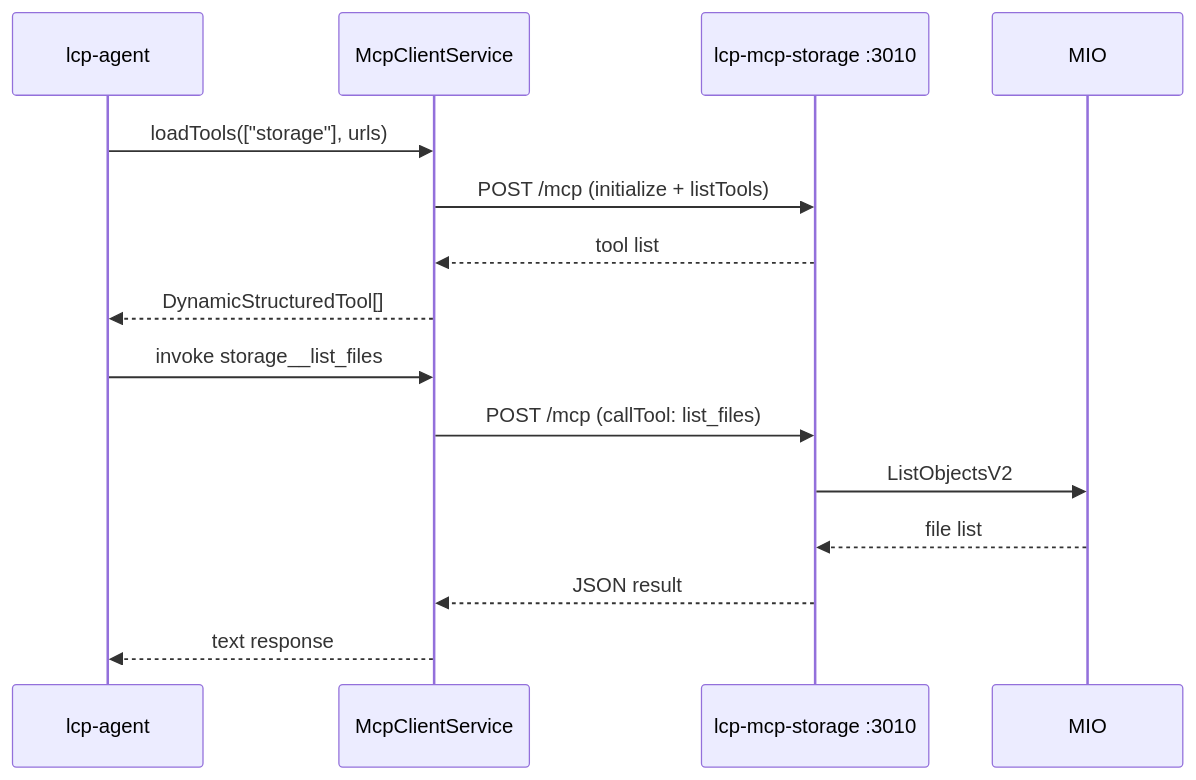
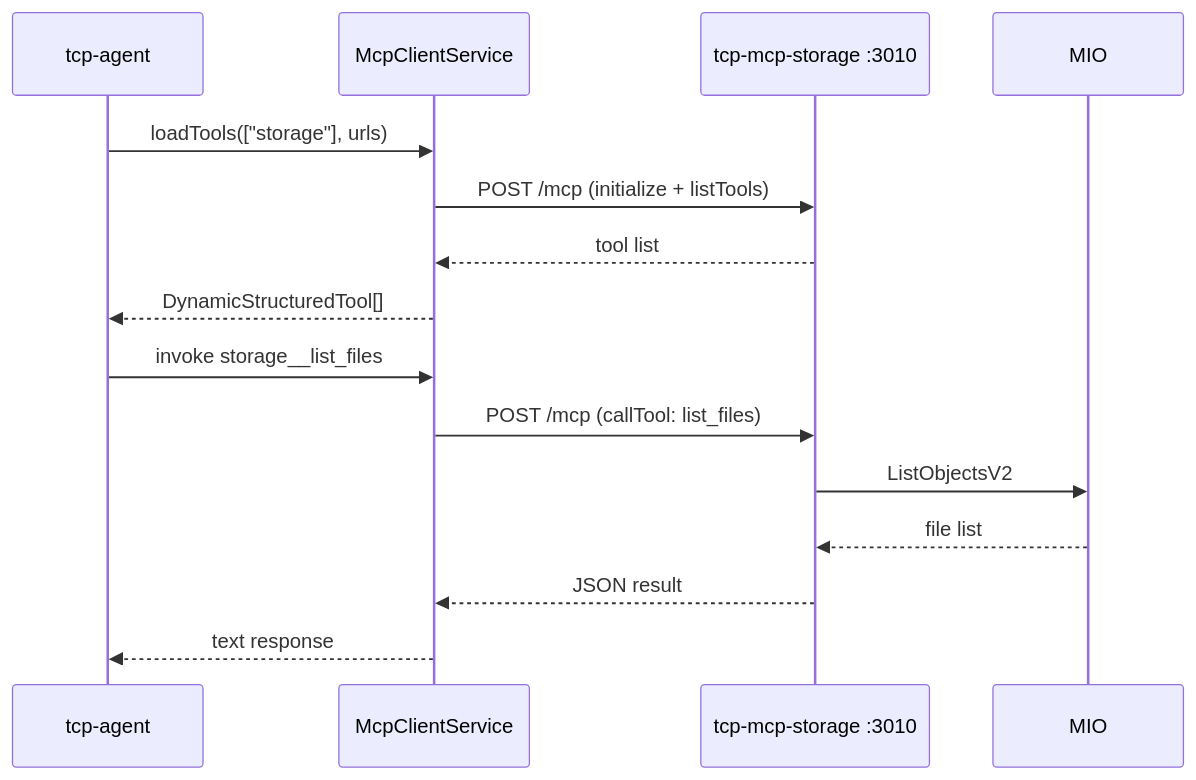
Before and after one commit to instantiator/tcp-server: the diagram in docs/manual-testing/06-mcp-servers.md, drawn with Mermaid. The commit also changed other lines of this file and 112 other files, not shown here.

First line of the commit message:
Rename LCP env vars and documentation to TCP (011.1.1 units 6-7)

````diff
--- a/docs/manual-testing/06-mcp-servers.md
+++ b/docs/manual-testing/06-mcp-servers.md
@@ -15,18 +15,18 @@
 ```mermaid
 sequenceDiagram
-    participant A as lcp-agent
+    participant A as tcp-agent
     participant C as McpClientService
-    participant S as lcp-mcp-storage :3010
+    participant S as tcp-mcp-storage :3010
 
     A->>C: loadTools(["storage"], urls)
     C->>S: POST /mcp (initialize + listTools)
     S-->>C: tool list
     C-->>A: DynamicStructuredTool[]
 
     A->>C: invoke storage__list_files
     C->>S: POST /mcp (callTool: list_files)
     S->>MIO: ListObjectsV2
     MIO-->>S: file list
     S-->>C: JSON result
     C-->>A: text response
 ```
````
